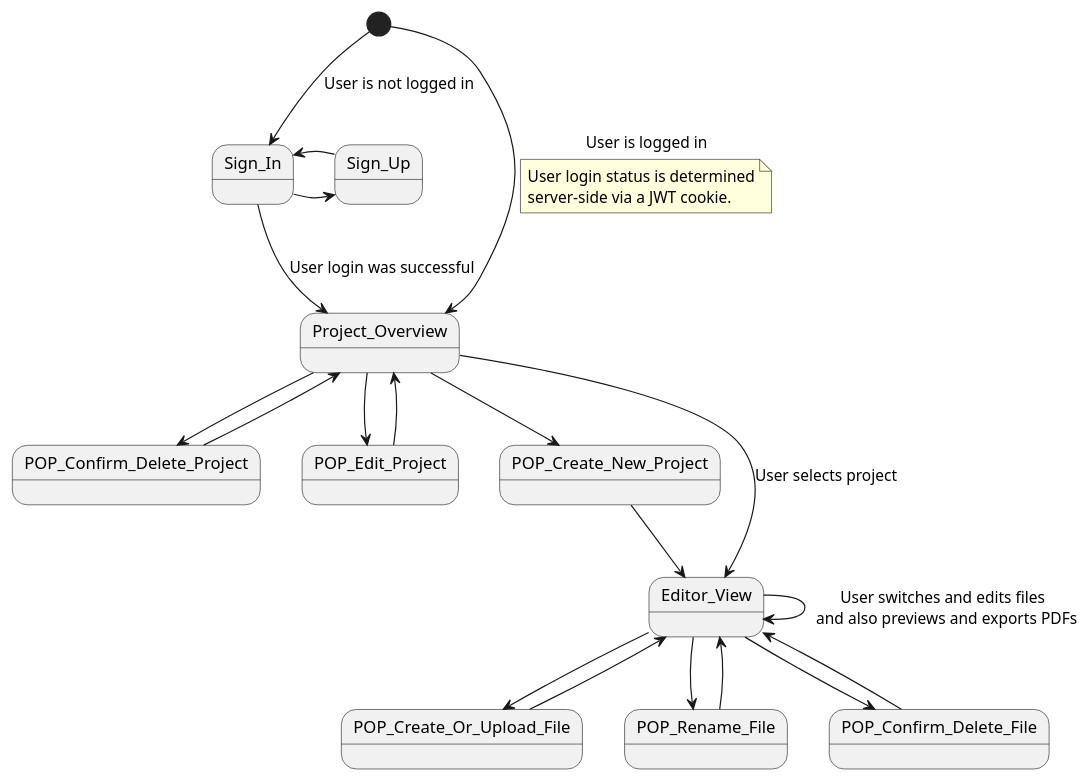
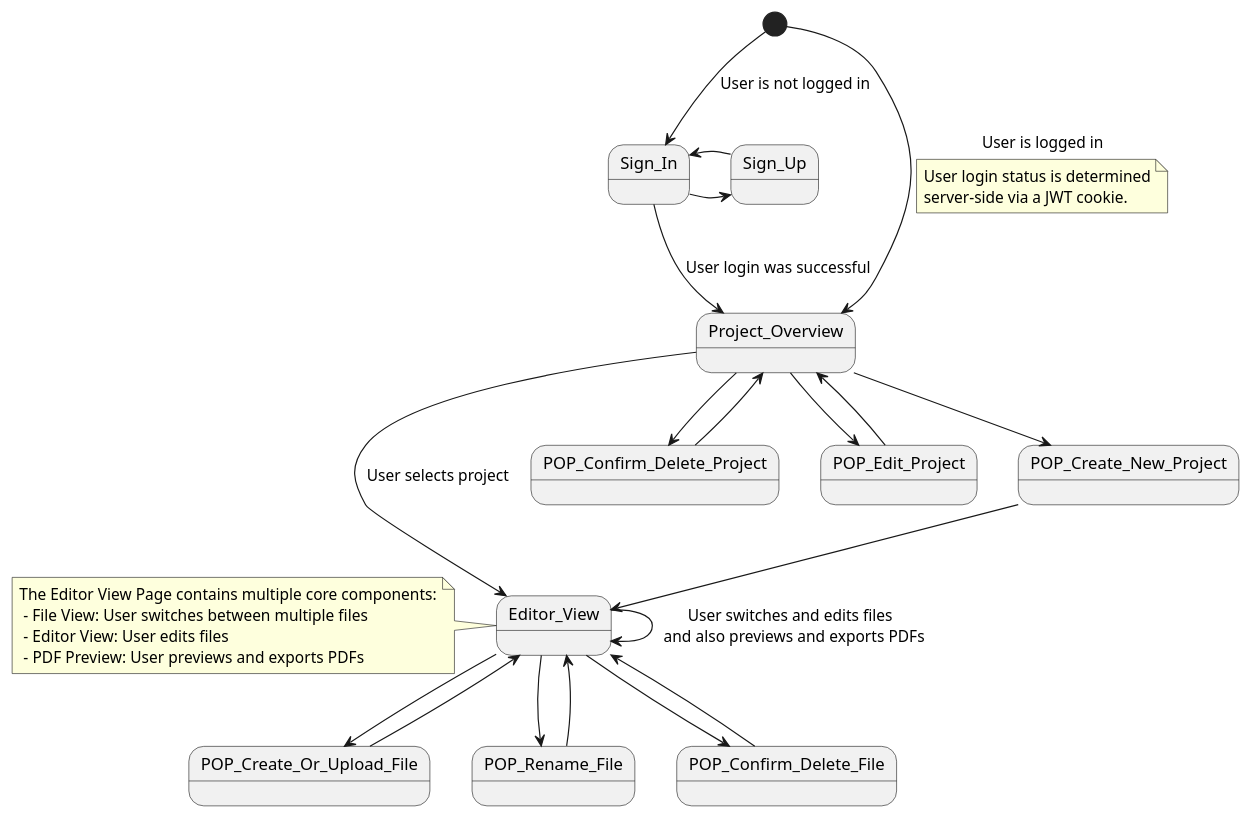
One commit to lugawe/typeditor changed the diagram in docs/navigation_flow.puml. Above: the diagram before and after it, drawn with PlantUML.

Commit message:
add navigation_flow note

```diff
--- a/docs/navigation_flow.puml
+++ b/docs/navigation_flow.puml
@@ -1,42 +1,49 @@
 @startuml
 
 [*] --> Sign_In: User is not logged in
 [*] --> Project_Overview: User is logged in
 
 note on link
   User login status is determined
   server-side via a JWT cookie.
 end note
 
 
 Sign_In -> Sign_Up
 
 Sign_Up -> Sign_In
 
 Sign_In --> Project_Overview: User login was successful
 
 Project_Overview --> POP_Confirm_Delete_Project
 POP_Confirm_Delete_Project --> Project_Overview
 
 Project_Overview --> POP_Edit_Project
 POP_Edit_Project --> Project_Overview
 
 Project_Overview --> POP_Create_New_Project
 POP_Create_New_Project --> Editor_View
 
 Project_Overview --> Editor_View: User selects project
 
 
 Editor_View --> Editor_View: User switches and edits files \n and also previews and exports PDFs
 
 
 Editor_View --> POP_Create_Or_Upload_File
 POP_Create_Or_Upload_File --> Editor_View
 
 Editor_View --> POP_Rename_File
 POP_Rename_File --> Editor_View
 
 Editor_View --> POP_Confirm_Delete_File
 POP_Confirm_Delete_File --> Editor_View
 
+note left of Editor_View
+  The Editor View Page contains multiple core components:
+   - File View: User switches between multiple files
+   - Editor View: User edits files
+   - PDF Preview: User previews and exports PDFs
+end note
+
 @enduml
```
